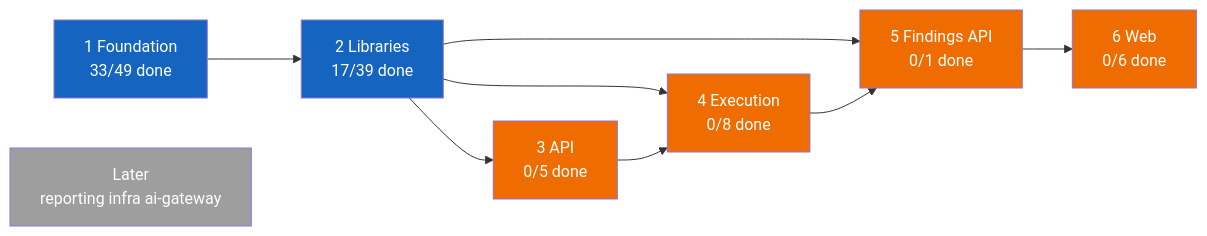
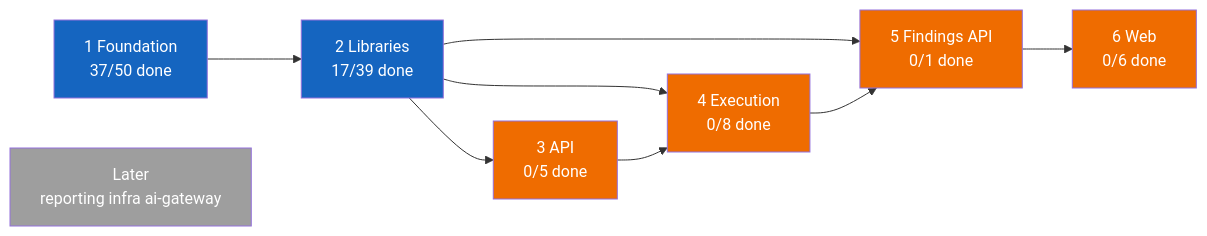
Before and after one commit to vulcanflow/docs: the first of 2 diagrams in PROGRESS.md, drawn with Mermaid. The commit also changed other lines of this file and 1 other file, not shown here.

````diff
--- a/PROGRESS.md
+++ b/PROGRESS.md
@@ -24,31 +24,31 @@
 ```mermaid
 flowchart LR
-  P1["1 Foundation<br/>33/49 done"]
+  P1["1 Foundation<br/>37/50 done"]
   P2["2 Libraries<br/>17/39 done"]
   P3["3 API<br/>0/5 done"]
   P4["4 Execution<br/>0/8 done"]
   P5["5 Findings API<br/>0/1 done"]
   P6["6 Web<br/>0/6 done"]
   L["Later<br/>reporting infra ai-gateway"]
 
   P1 --> P2
   P2 --> P3
   P2 --> P4
   P3 --> P4
   P2 --> P5
   P4 --> P5
   P5 --> P6
 
   classDef done fill:#2e7d32,color:#fff
   classDef active fill:#1565c0,color:#fff
   classDef held fill:#9e9e9e,color:#fff
   classDef blocked fill:#ef6c00,color:#fff
 
   class P1 active
   class P2 active
   class P3 blocked
   class P4 blocked
   class P5 blocked
   class P6 blocked
   class L held
 ```
````
